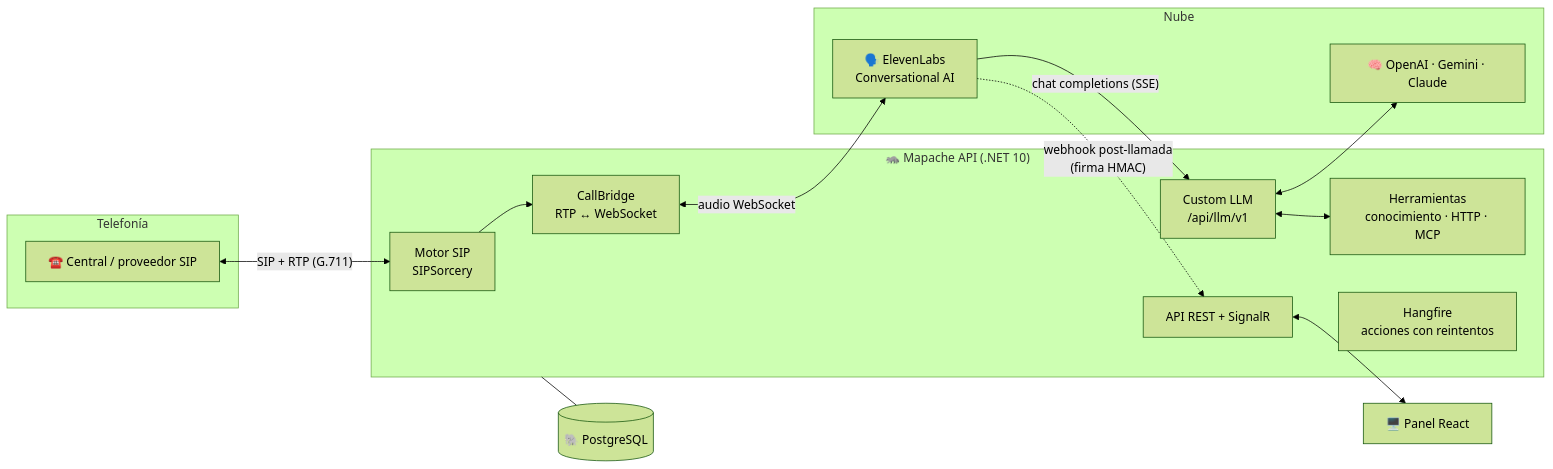
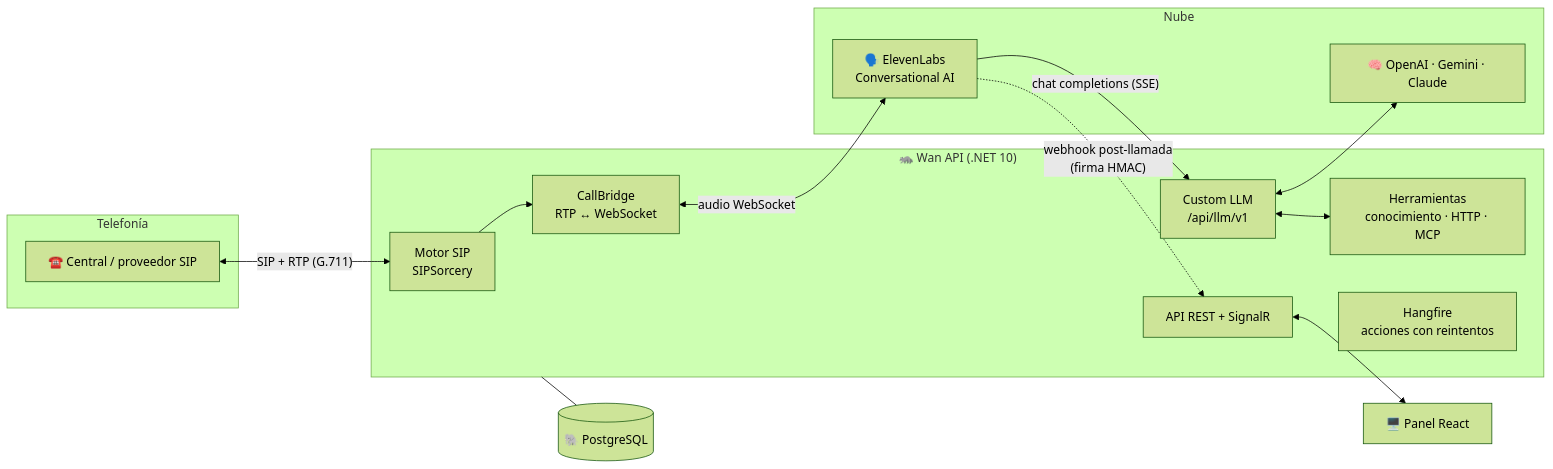
One commit to stevengazo/Wan-API changed the first of 3 diagrams in README.md. Above: the diagram before and after it, drawn with Mermaid (forest theme). The commit also changed other lines of this file and 218 other files, not shown here.

````diff
--- a/README.md
+++ b/README.md
@@ -42,33 +42,33 @@
 ```mermaid
 flowchart LR
     subgraph Telefonía
         PBX["☎️ Central / proveedor SIP"]
     end
 
-    subgraph Mapache["🦝 Mapache API (.NET 10)"]
+    subgraph Wan["🦝 Wan API (.NET 10)"]
         SIP["Motor SIP<br/>SIPSorcery"]
         Bridge["CallBridge<br/>RTP ↔ WebSocket"]
         LLM["Custom LLM<br/>/api/llm/v1"]
         Tools["Herramientas<br/>conocimiento · HTTP · MCP"]
         API["API REST + SignalR"]
         Jobs["Hangfire<br/>acciones con reintentos"]
     end
 
     subgraph Nube
         EL["🗣️ ElevenLabs<br/>Conversational AI"]
         AI["🧠 OpenAI · Gemini · Claude"]
     end
 
     DB[("🐘 PostgreSQL")]
     Panel["🖥️ Panel React"]
 
     PBX <-- "SIP + RTP (G.711)" --> SIP
     SIP --> Bridge
     Bridge <-- "audio WebSocket" --> EL
     EL -- "chat completions (SSE)" --> LLM
     LLM <--> AI
     LLM <--> Tools
     API <--> Panel
-    Mapache --- DB
+    Wan --- DB
     EL -. "webhook post-llamada<br/>(firma HMAC)" .-> API
 ```
````
